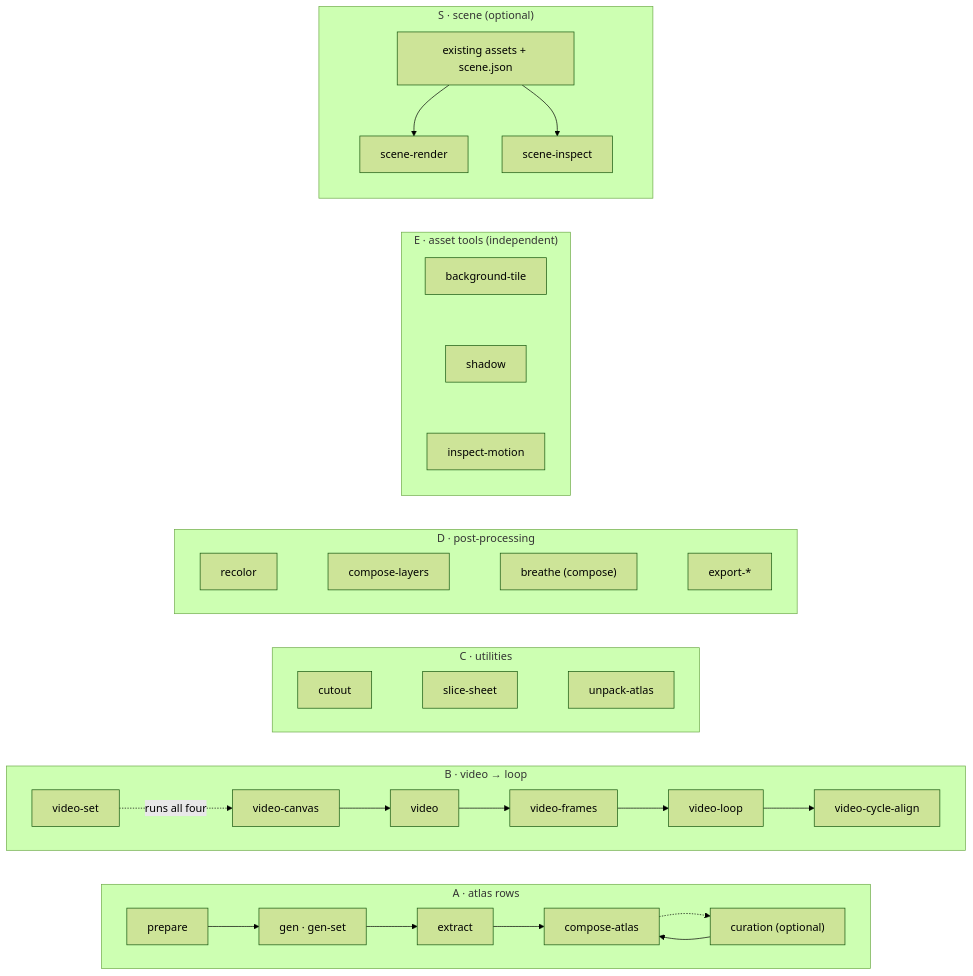
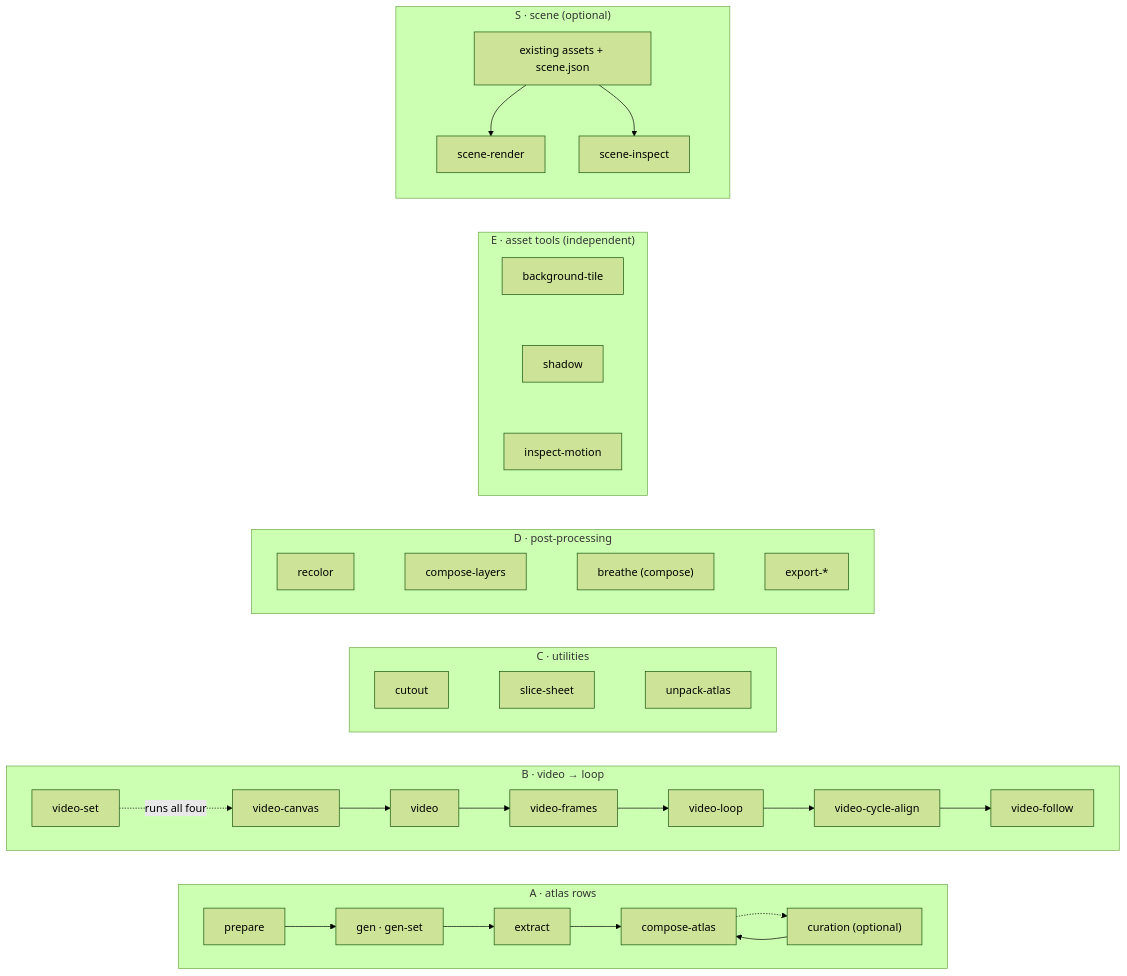
The diagram in docs/README.md (aldegad/sprite-gen), drawn with Mermaid (forest theme) before and after one commit. The commit also changed other lines of this file and 5 other files, not shown here.

Commit message:
docs: size hold before the search, widened scale-back, video-follow; changelog

````diff
--- a/docs/README.md
+++ b/docs/README.md
@@ -7,30 +7,30 @@
 ```mermaid
 flowchart LR
     subgraph A["A · atlas rows"]
         direction LR
         a1[prepare] --> a2["gen · gen-set"] --> a3[extract] --> a5[compose-atlas]
         a5 -.-> a4["curation (optional)"]
         a4 --> a5
     end
     subgraph B["B · video → loop"]
         direction LR
         b1[video-canvas] --> b2[video] --> b3[video-frames] --> b4[video-loop]
         b5[video-set] -.runs all four.-> b1
-        b4 --> b6[video-cycle-align]
+        b4 --> b6[video-cycle-align] --> b7[video-follow]
     end
     subgraph C["C · utilities"]
         direction LR
         c1[cutout] ~~~ c2[slice-sheet] ~~~ c3[unpack-atlas]
     end
     subgraph D["D · post-processing"]
         direction LR
         d1[recolor] ~~~ d2[compose-layers] ~~~ d3["breathe (compose)"] ~~~ d4[export-*]
     end
     subgraph E["E · asset tools (independent)"]
         e1[background-tile] ~~~ e2[shadow] ~~~ e3[inspect-motion]
     end
     subgraph S["S · scene (optional)"]
         s1["existing assets + scene.json"] --> s2[scene-render]
         s1 --> s3[scene-inspect]
     end
 ```
````
